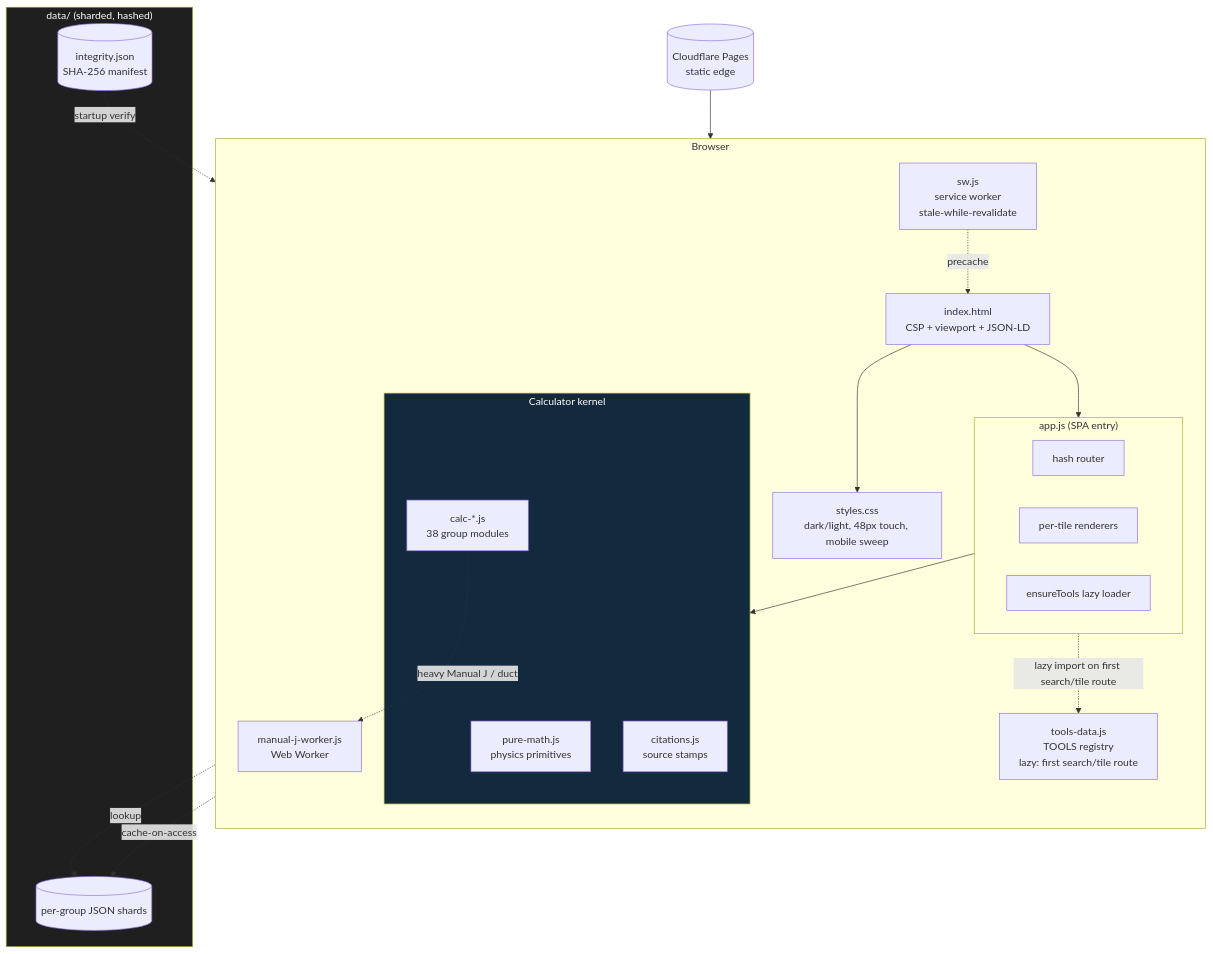
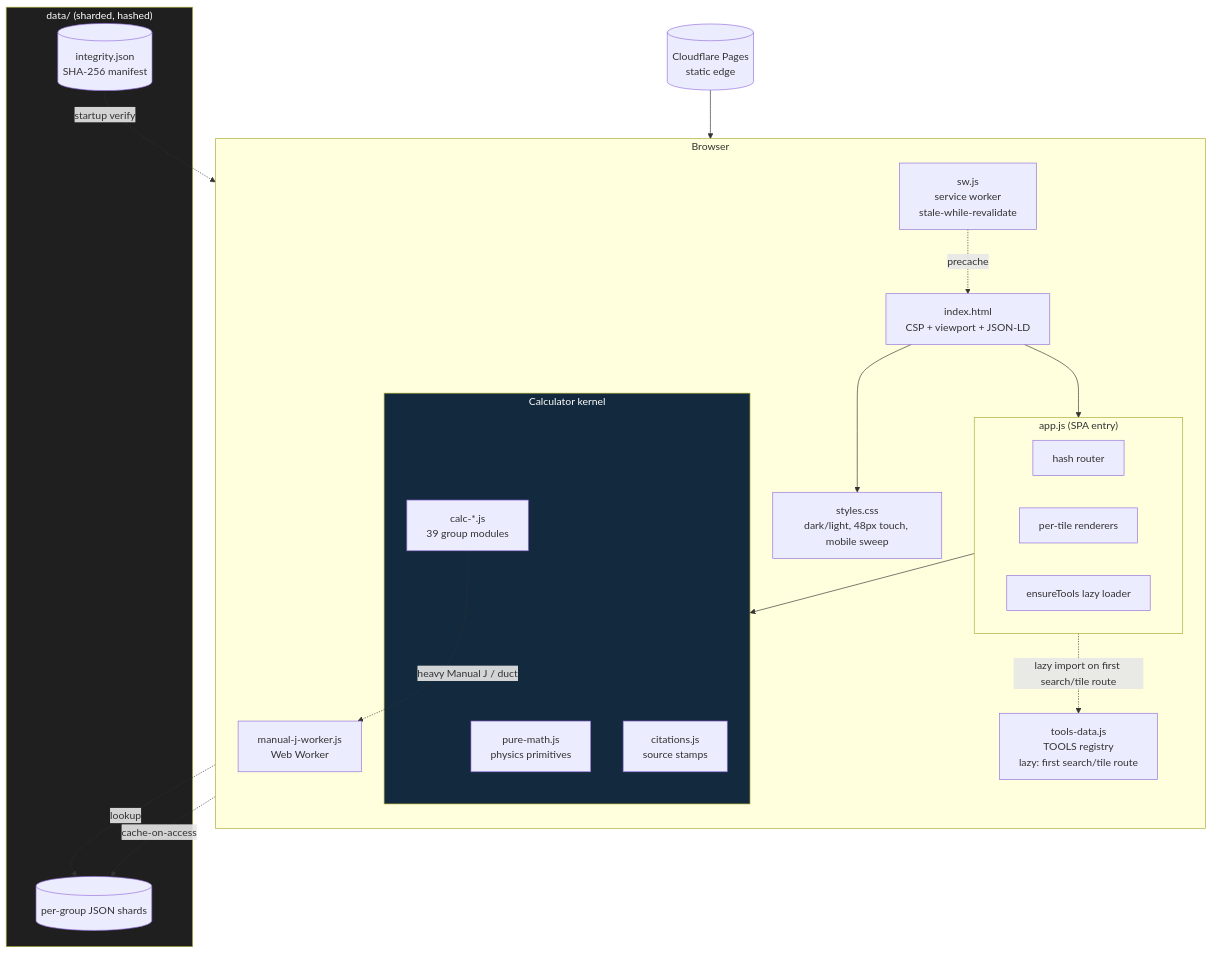
The second of 8 diagrams in README.md (clay-good/roughlogic.com), drawn with Mermaid before and after one commit. The commit also changed other lines of this file and 16 other files, not shown here.

Commit message:
refactor(modules): spec-v76 cap-relief split -- machining bench -> new calc-machining.js (0.63.6->0.63.7, catalog holds 624)

````diff
--- a/README.md
+++ b/README.md
@@ -77,39 +77,39 @@
 ```mermaid
 flowchart TB
     subgraph Browser
         direction TB
         HTML[index.html\nCSP + viewport + JSON-LD]
         CSS[styles.css\ndark/light, 48px touch, mobile sweep]
         subgraph App["app.js (SPA entry)"]
             ROUTE[hash router]
             RENDER[per-tile renderers]
             ENSURE[ensureTools lazy loader]
         end
         TOOLS[tools-data.js\nTOOLS registry\nlazy: first search/tile route]
         subgraph Calc["Calculator kernel"]
             PM[pure-math.js\nphysics primitives]
-            CALC[calc-*.js\n38 group modules]
+            CALC[calc-*.js\n39 group modules]
             CIT[citations.js\nsource stamps]
         end
         SW[sw.js\nservice worker\nstale-while-revalidate]
         WORKER[manual-j-worker.js\nWeb Worker]
     end
     subgraph Data["data/ (sharded, hashed)"]
         SHARDS[(per-group JSON shards)]
         INTEG[(integrity.json\nSHA-256 manifest)]
     end
     CDN[(Cloudflare Pages\nstatic edge)]
 
     CDN --> HTML
     HTML --> CSS
     HTML --> App
     App -.lazy import on first search/tile route.-> TOOLS
     App --> Calc
     CALC -.->|heavy Manual J / duct| WORKER
     CALC -.->|lookup| SHARDS
     SW -.precache.-> HTML
     SW -.cache-on-access.-> SHARDS
     INTEG -.startup verify.-> App
     style Calc fill:#13293d,color:#fff
     style Data fill:#1f1f1f,color:#fff
 ```
````
